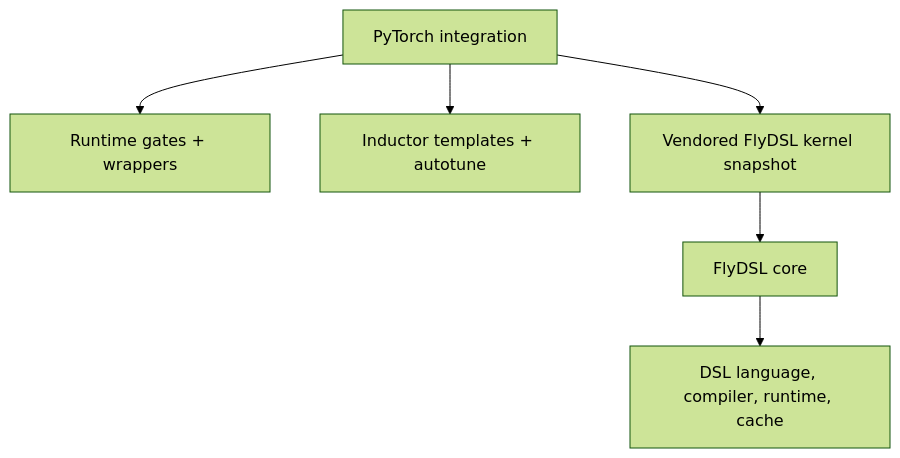
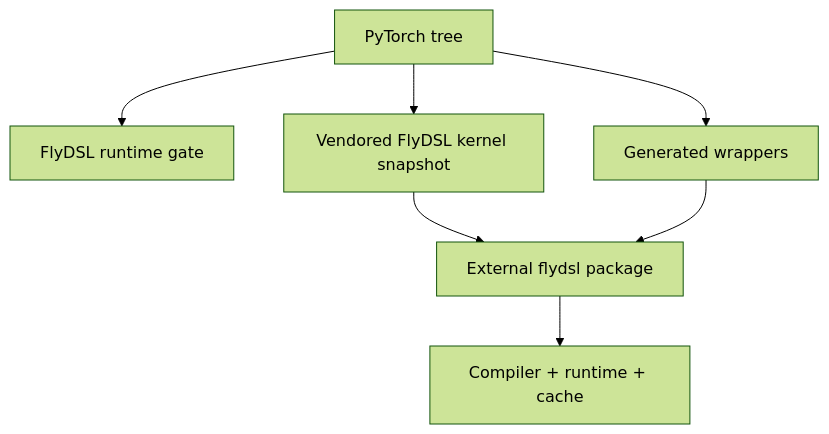
The second of 8 diagrams in docs/pytorch_integration_rfc.md (XiaobingSuper/FlyDSL), drawn with Mermaid (forest theme) before and after one commit. The commit also changed other lines of this file, not shown here.

````diff
--- a/docs/pytorch_integration_rfc.md
+++ b/docs/pytorch_integration_rfc.md
@@ -157,8 +181,9 @@
 ```mermaid
 flowchart TB
-    A["PyTorch integration"] --> B["Runtime gates + wrappers"]
-    A --> C["Inductor templates + autotune"]
-    A --> F["Vendored FlyDSL kernel snapshot"]
-    D["FlyDSL core"] --> E["DSL language, compiler, runtime, cache"]
-    F --> D
+    A["PyTorch tree"] --> B["FlyDSL runtime gate"]
+    A --> C["Generated wrappers"]
+    A --> D["Vendored FlyDSL kernel snapshot"]
+    E["External flydsl package"] --> F["Compiler + runtime + cache"]
+    D --> E
+    C --> E
 ```
````
